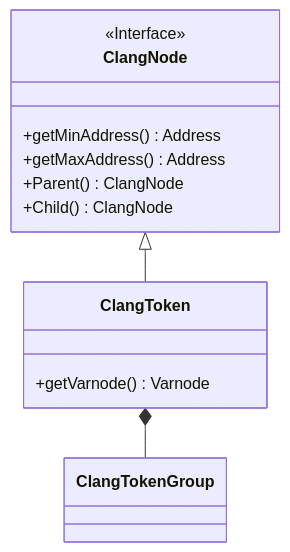
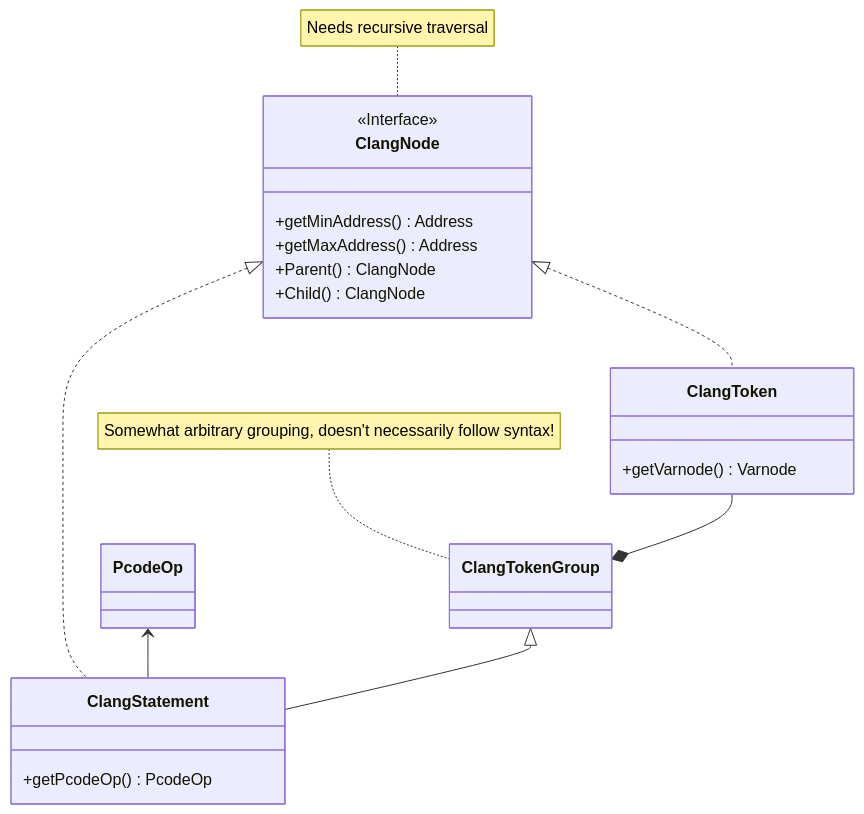
One commit to v-p-b/ghidra-cheat-sheet changed the second of 3 diagrams in docs/decompiler/type-hierarchy.md. Above: the diagram before and after it, drawn with Mermaid. The commit also changed other lines of this file and 4 other files, not shown here.

````diff
--- a/docs/decompiler/type-hierarchy.md
+++ b/docs/decompiler/type-hierarchy.md
@@ -29,16 +33,24 @@
 ```mermaid
 classDiagram
   class ClangNode {
     +getMinAddress() Address
     +getMaxAddress() Address
     +Parent() ClangNode
     +Child() ClangNode
   }
   <<Interface>> ClangNode
+  note for ClangNode "Needs recursive traversal"
   class ClangToken {
     +getVarnode() Varnode
   }
+  class ClangStatement {
+    +getPcodeOp() PcodeOp
+  }
   class ClangTokenGroup
-  ClangNode <|-- ClangToken
-  ClangToken *-- ClangTokenGroup
+  note for ClangTokenGroup "Somewhat arbitrary grouping, doesn't necessarily follow syntax!"
+  ClangNode <|.. ClangToken
+  ClangNode <|.. ClangStatement
+  ClangToken --* ClangTokenGroup
+  PcodeOp <-- ClangStatement
+  ClangTokenGroup <|-- ClangStatement
 ```
````
